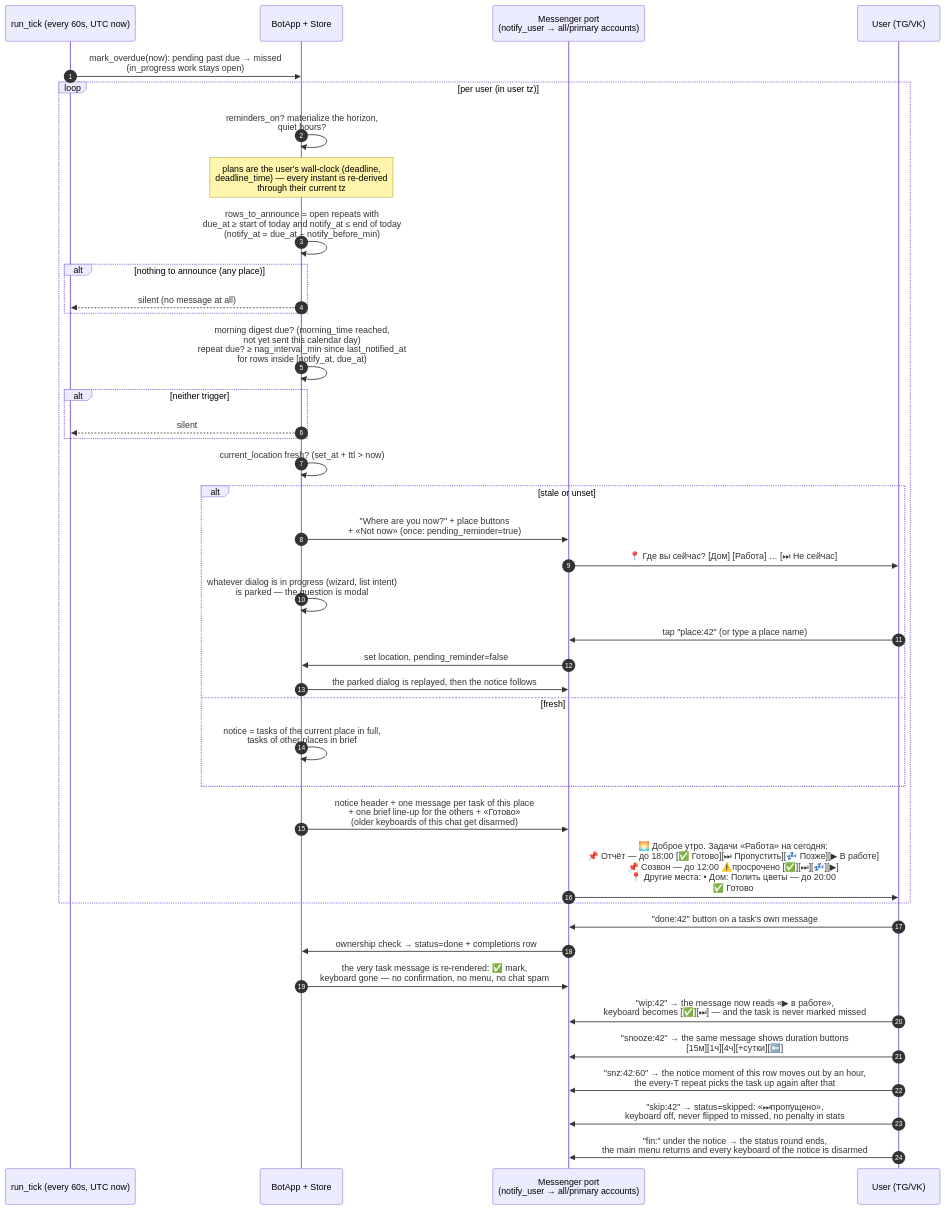
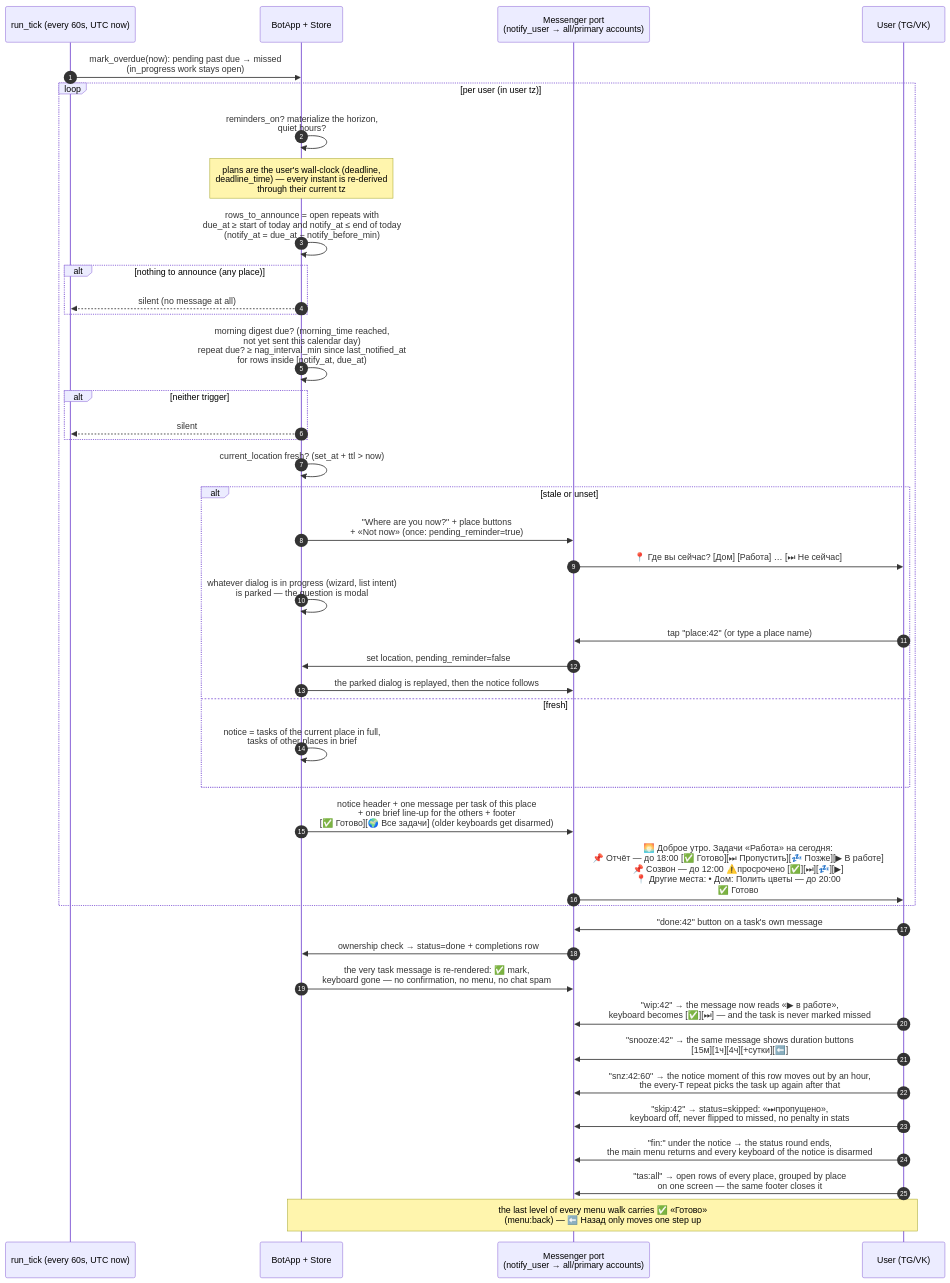
Before and after one commit to edombek/taskshed: the diagram in docs/diagrams/reminder-flow.mmd, drawn with Mermaid. The commit also changed 20 other files, not shown here.

First line of the commit message:
feat(bot): Готово exits every menu walk, unlimited hour-map paging, all-places view

```diff
--- a/docs/diagrams/reminder-flow.mmd
+++ b/docs/diagrams/reminder-flow.mmd
@@ -1,41 +1,43 @@
 sequenceDiagram
     autonumber
     participant Sch as run_tick (every 60s, UTC now)
     participant Core as BotApp + Store
     participant Msg as Messenger port<br/>(notify_user → all/primary accounts)
     participant U as User (TG/VK)
 
     Sch->>Core: mark_overdue(now): pending past due → missed<br/>(in_progress work stays open)
     loop per user (in user tz)
         Core->>Core: reminders_on? materialize the horizon,<br/>quiet hours?
         Note over Core: plans are the user's wall-clock (deadline,<br/>deadline_time) — every instant is re-derived<br/>through their current tz
         Core->>Core: rows_to_announce = open repeats with<br/>due_at ≥ start of today and notify_at ≤ end of today<br/>(notify_at = due_at − notify_before_min)
         alt nothing to announce (any place)
             Core-->>Sch: silent (no message at all)
         end
         Core->>Core: morning digest due? (morning_time reached,<br/>not yet sent this calendar day)<br/>repeat due? ≥ nag_interval_min since last_notified_at<br/>for rows inside [notify_at, due_at)
         alt neither trigger
             Core-->>Sch: silent
         end
         Core->>Core: current_location fresh? (set_at + ttl > now)
         alt stale or unset
             Core->>Msg: "Where are you now?" + place buttons<br/>+ «Not now» (once: pending_reminder=true)
             Msg->>U: 📍 Где вы сейчас? [Дом] [Работа] … [⏭ Не сейчас]
             Core->>Core: whatever dialog is in progress (wizard, list intent)<br/>is parked — the question is modal
             U->>Msg: tap "place:42" (or type a place name)
             Msg->>Core: set location, pending_reminder=false
             Core->>Msg: the parked dialog is replayed, then the notice follows
         else fresh
             Core->>Core: notice = tasks of the current place in full,<br/>tasks of other places in brief
         end
-        Core->>Msg: notice header + one message per task of this place<br/>+ one brief line-up for the others + «Готово»<br/>(older keyboards of this chat get disarmed)
+        Core->>Msg: notice header + one message per task of this place<br/>+ one brief line-up for the others + footer<br/>[✅ Готово][🌍 Все задачи] (older keyboards get disarmed)
         Msg->>U: 🌅 Доброе утро. Задачи «Работа» на сегодня:<br/>📌 Отчёт — до 18:00 [✅ Готово][⏭ Пропустить][💤 Позже][▶ В работе]<br/>📌 Созвон — до 12:00 ⚠️просрочено [✅][⏭][💤][▶]<br/>📍 Другие места: • Дом: Полить цветы — до 20:00<br/>✅ Готово
     end
     U->>Msg: "done:42" button on a task's own message
     Msg->>Core: ownership check → status=done + completions row
     Core->>Msg: the very task message is re-rendered: ✅ mark,<br/>keyboard gone — no confirmation, no menu, no chat spam
     U->>Msg: "wip:42" → the message now reads «▶ в работе»,<br/>keyboard becomes [✅][⏭] — and the task is never marked missed
     U->>Msg: "snooze:42" → the same message shows duration buttons<br/>[15м][1ч][4ч][+сутки][⬅️]
     U->>Msg: "snz:42:60" → the notice moment of this row moves out by an hour,<br/>the every-T repeat picks the task up again after that
     U->>Msg: "skip:42" → status=skipped: «⏭пропущено»,<br/>keyboard off, never flipped to missed, no penalty in stats
     U->>Msg: "fin:" under the notice → the status round ends,<br/>the main menu returns and every keyboard of the notice is disarmed
+    U->>Msg: "tas:all" → open rows of every place, grouped by place<br/>on one screen — the same footer closes it
+    Note over U,Core: the last level of every menu walk carries ✅ «Готово»<br/>(menu:back) — ⬅️ Назад only moves one step up
```
